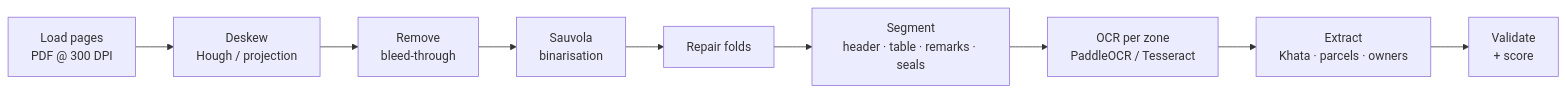
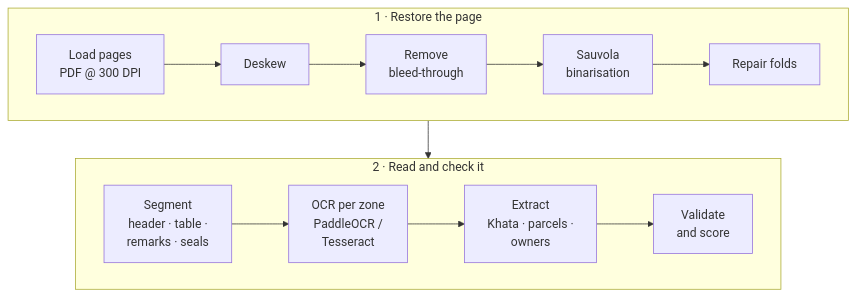
One commit to tejas0407/SIH changed the third of 7 diagrams in docs/ARCHITECTURE.md. Above: the diagram before and after it, drawn with Mermaid. The commit also changed 1 other file, not shown here.

Commit message:
Reflow the wide Mermaid diagrams so they fit GitHub's page width

````diff
--- a/docs/ARCHITECTURE.md
+++ b/docs/ARCHITECTURE.md
@@ -140,11 +140,12 @@
 ```mermaid
-flowchart LR
-    A["Load pages<br/>PDF @ 300 DPI"] --> B["Deskew<br/>Hough / projection"]
-    B --> C["Remove<br/>bleed-through"]
-    C --> D["Sauvola<br/>binarisation"]
-    D --> E["Repair folds"]
-    E --> F["Segment<br/>header · table · remarks · seals"]
-    F --> G["OCR per zone<br/>PaddleOCR / Tesseract"]
-    G --> H["Extract<br/>Khata · parcels · owners"]
-    H --> I["Validate<br/>+ score"]
+flowchart TB
+    subgraph restore ["1 · Restore the page"]
+        direction LR
+        A["Load pages<br/>PDF @ 300 DPI"] --> B["Deskew"] --> C["Remove<br/>bleed-through"] --> D["Sauvola<br/>binarisation"] --> E["Repair folds"]
+    end
+    subgraph read ["2 · Read and check it"]
+        direction LR
+        F["Segment<br/>header · table ·<br/>remarks · seals"] --> G["OCR per zone<br/>PaddleOCR /<br/>Tesseract"] --> H["Extract<br/>Khata · parcels ·<br/>owners"] --> I["Validate<br/>and score"]
+    end
+    restore --> read
 ```
````
